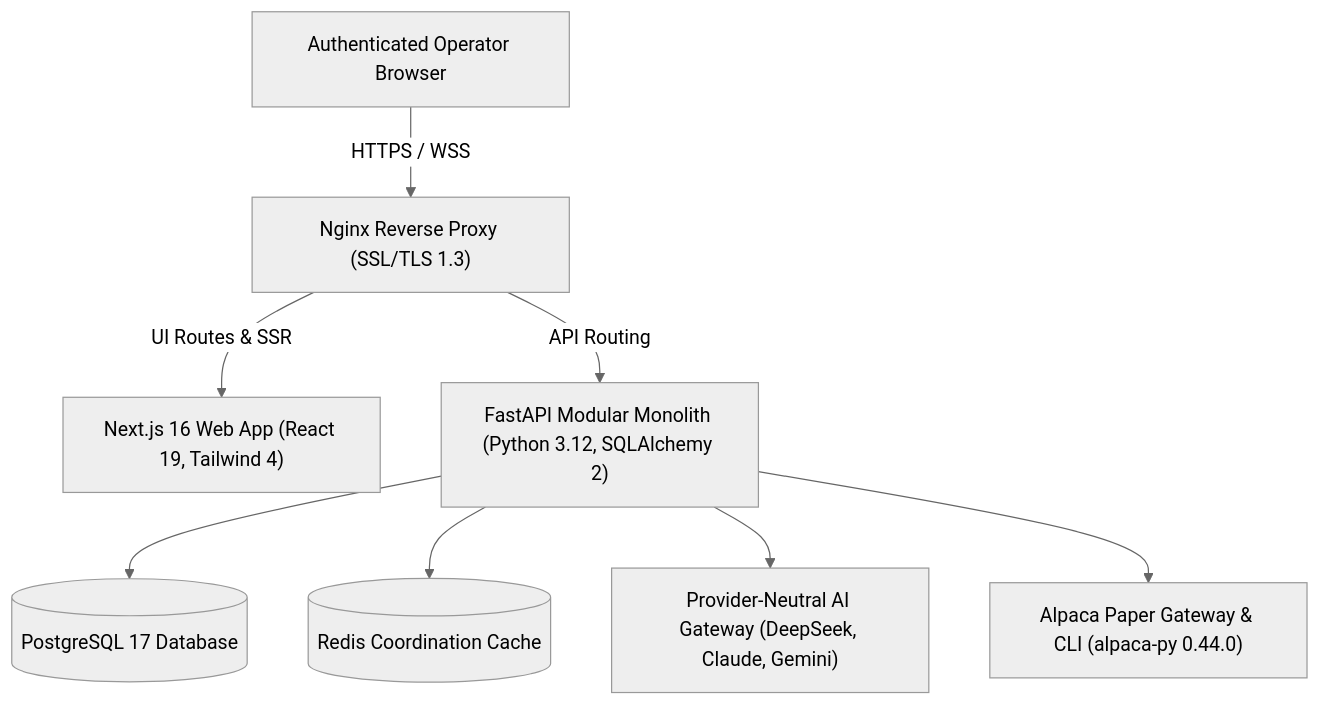
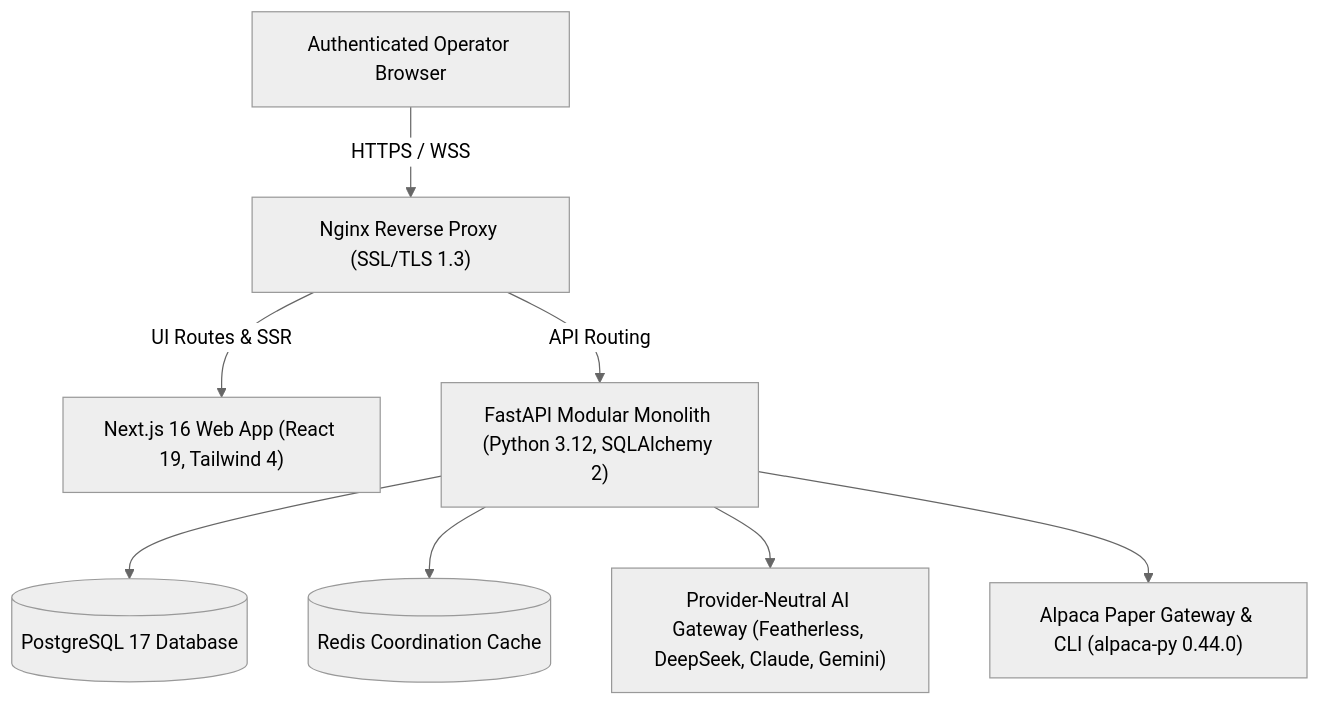
Before and after one commit to MaChewwwww/PRISM: the third of 3 diagrams in README.md, drawn with Mermaid (neutral theme). The commit also changed other lines of this file, not shown here.

Commit message:
docs(readme): synchronize system architecture, 5-minute cadence, and post-analysis engine

````diff
--- a/README.md
+++ b/README.md
@@ -207,11 +208,11 @@
 ```mermaid
 flowchart TD
     Client["Authenticated Operator Browser"] -->|HTTPS / WSS| Proxy["Nginx Reverse Proxy (SSL/TLS 1.3)"]
     Proxy -->|UI Routes & SSR| Next["Next.js 16 Web App (React 19, Tailwind 4)"]
     Proxy -->|API Routing| API["FastAPI Modular Monolith (Python 3.12, SQLAlchemy 2)"]
     
     API --> DB[("PostgreSQL 17 Database")]
     API --> Cache[("Redis Coordination Cache")]
-    API --> LLM["Provider-Neutral AI Gateway (DeepSeek, Claude, Gemini)"]
+    API --> LLM["Provider-Neutral AI Gateway (Featherless, DeepSeek, Claude, Gemini)"]
     API --> Alpaca["Alpaca Paper Gateway & CLI (alpaca-py 0.44.0)"]
 ```
````
